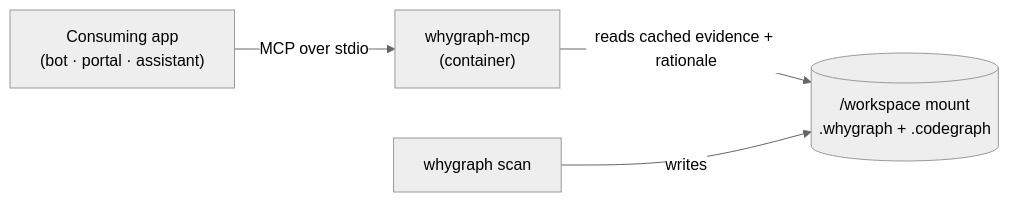
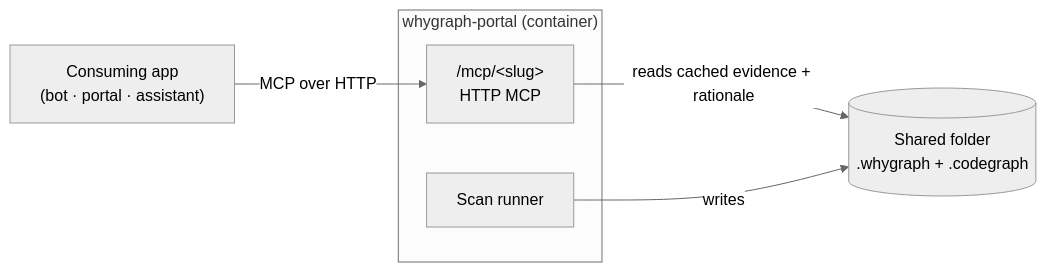
The diagram in docs/deploy/service.md (mtrdesign/whygraph), drawn with Mermaid (neutral theme) before and after one commit. The commit also changed other lines of this file and 318 other files, not shown here.

First line of the commit message:
feat: M1 portal MVP - multi-project portal, HTTP MCP, config v2 (2.0.0) (#51)

````diff
--- a/docs/deploy/service.md
+++ b/docs/deploy/service.md
@@ -17,10 +18,13 @@
 ```mermaid
 flowchart LR
     app["Consuming app<br/>(bot · portal · assistant)"]
-    mcp["whygraph-mcp<br/>(container)"]
-    repo[("/workspace mount<br/>.whygraph + .codegraph")]
+    subgraph svc["whygraph-portal (container)"]
+        mcp["/mcp/&lt;slug&gt;<br/>HTTP MCP"]
+        scan["Scan runner"]
+    end
+    repo[("Shared folder<br/>.whygraph + .codegraph")]
 
-    app -- "MCP over stdio" --> mcp
+    app -- "MCP over HTTP" --> mcp
     mcp -- "reads cached evidence + rationale" --> repo
-    scan["whygraph scan"] -- "writes" --> repo
+    scan -- "writes" --> repo
 ```
````
